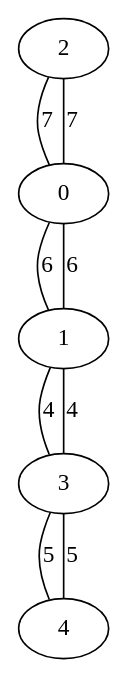
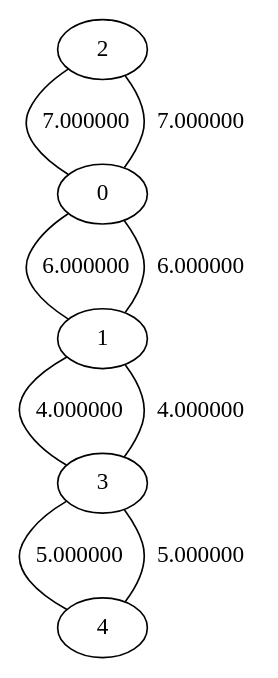
Before and after one commit to CSRT-NTUA/AlgoPlus: the diagram in examples/graph/unnamed.dot, drawn with Graphviz. The commit also changed 21 other files, not shown here.

```diff
--- a/examples/graph/unnamed.dot
+++ b/examples/graph/unnamed.dot
@@ -1,10 +1,10 @@
 graph G{
-2--0[label=7]
-0--1[label=6]
-0--2[label=7]
-4--3[label=5]
-3--1[label=4]
-3--4[label=5]
-1--3[label=4]
-1--0[label=6]
+2--0[label=7.000000]
+0--1[label=6.000000]
+0--2[label=7.000000]
+4--3[label=5.000000]
+3--1[label=4.000000]
+3--4[label=5.000000]
+1--3[label=4.000000]
+1--0[label=6.000000]
 }
```
